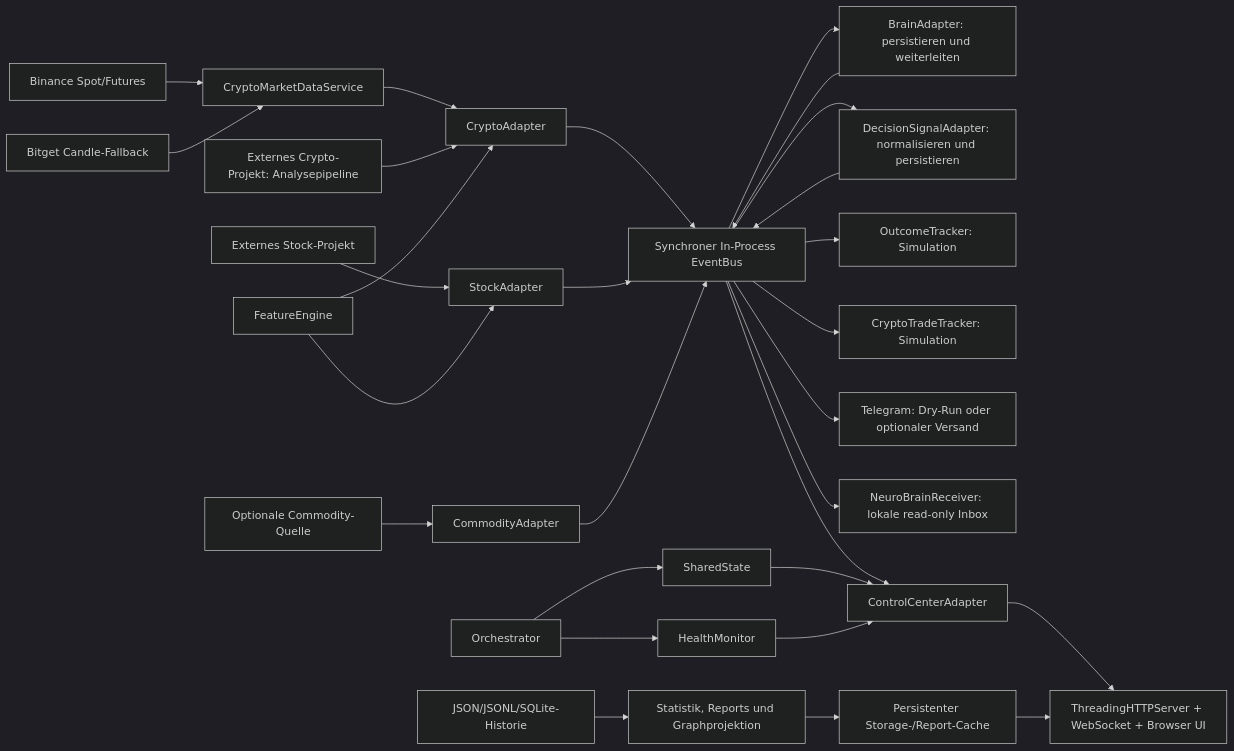
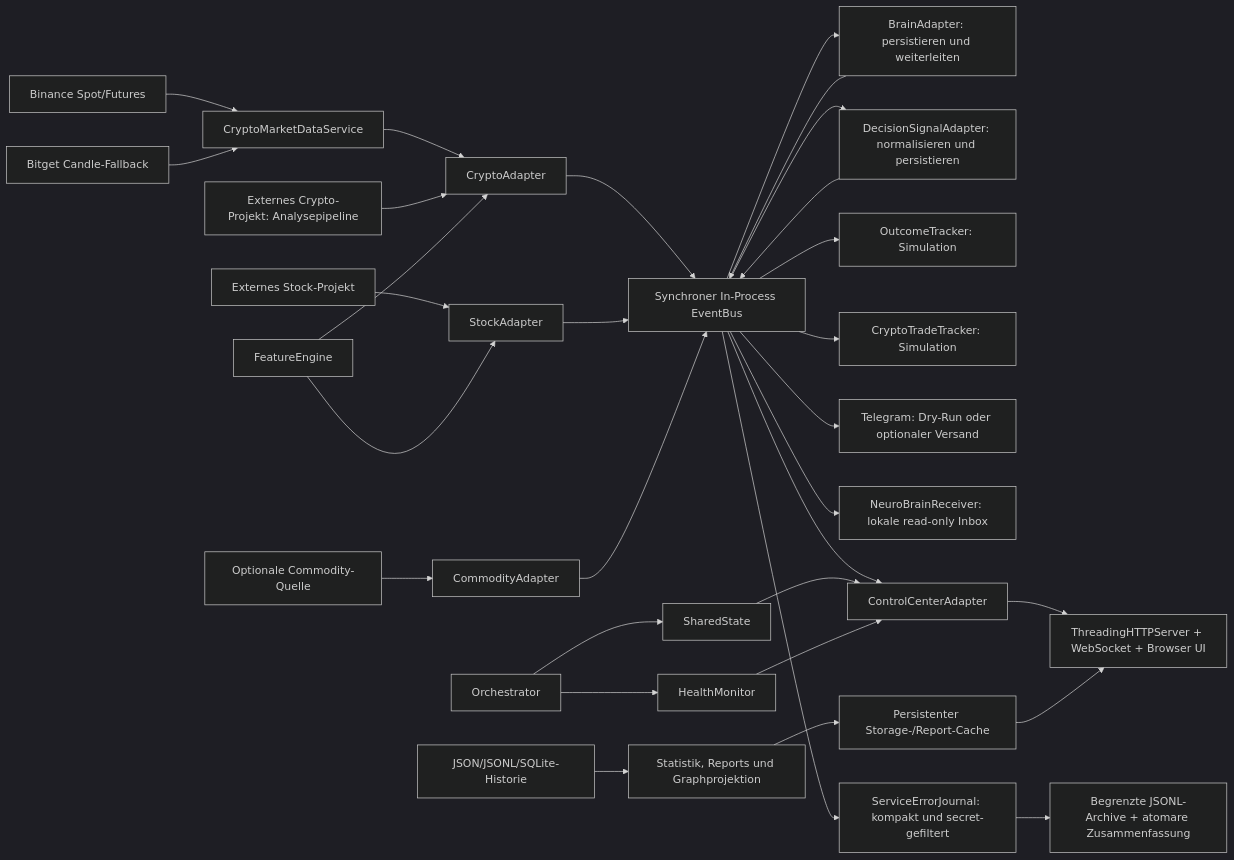
Before and after one commit to cRioshy/Pando: the first of 5 diagrams in docs/ARCHITECTURE.md, drawn with Mermaid (dark theme). The commit also changed other lines of this file and 11 other files, not shown here.

Commit message:
Add bounded service error journal

````diff
--- a/docs/ARCHITECTURE.md
+++ b/docs/ARCHITECTURE.md
@@ -9,31 +9,33 @@
 ```mermaid
 flowchart LR
     BN["Binance Spot/Futures"] --> CM["CryptoMarketDataService"]
     BG["Bitget Candle-Fallback"] --> CM
     CM --> CA["CryptoAdapter"]
     CE["Externes Crypto-Projekt: Analysepipeline"] --> CA
     SE["Externes Stock-Projekt"] --> SA["StockAdapter"]
     CP["Optionale Commodity-Quelle"] --> CO["CommodityAdapter"]
     FE["FeatureEngine"] --> CA
     FE --> SA
     CA --> EB["Synchroner In-Process EventBus"]
     SA --> EB
     CO --> EB
     EB --> BA["BrainAdapter: persistieren und weiterleiten"]
     BA --> EB
     EB --> DC["DecisionSignalAdapter: normalisieren und persistieren"]
     DC --> EB
     EB --> OT["OutcomeTracker: Simulation"]
     EB --> CT["CryptoTradeTracker: Simulation"]
     EB --> TG["Telegram: Dry-Run oder optionaler Versand"]
     EB --> NB["NeuroBrainReceiver: lokale read-only Inbox"]
     EB --> CC["ControlCenterAdapter"]
+    EB --> EJ["ServiceErrorJournal: kompakt und secret-gefiltert"]
+    EJ --> EF["Begrenzte JSONL-Archive + atomare Zusammenfassung"]
     OR["Orchestrator"] --> SS["SharedState"]
     OR --> HM["HealthMonitor"]
     SS --> CC
     HM --> CC
     CC --> WEB["ThreadingHTTPServer + WebSocket + Browser UI"]
     LEDGER["JSON/JSONL/SQLite-Historie"] --> ST["Statistik, Reports und Graphprojektion"]
     ST --> CACHE["Persistenter Storage-/Report-Cache"]
     CACHE --> WEB
 ```
````
